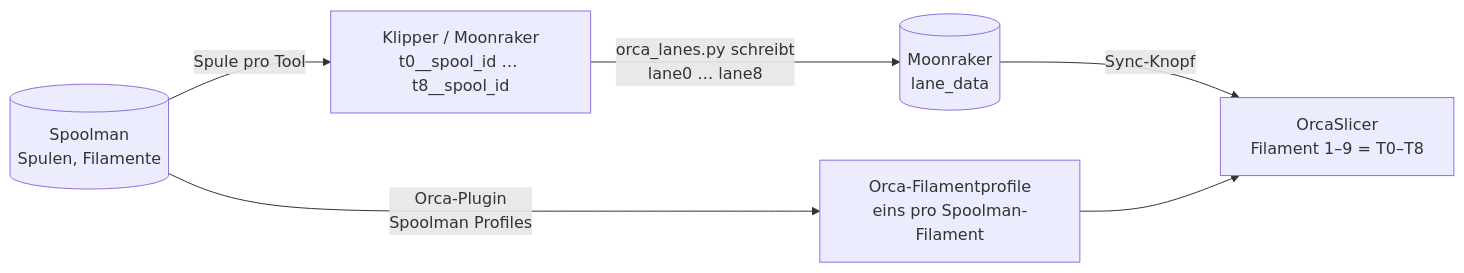
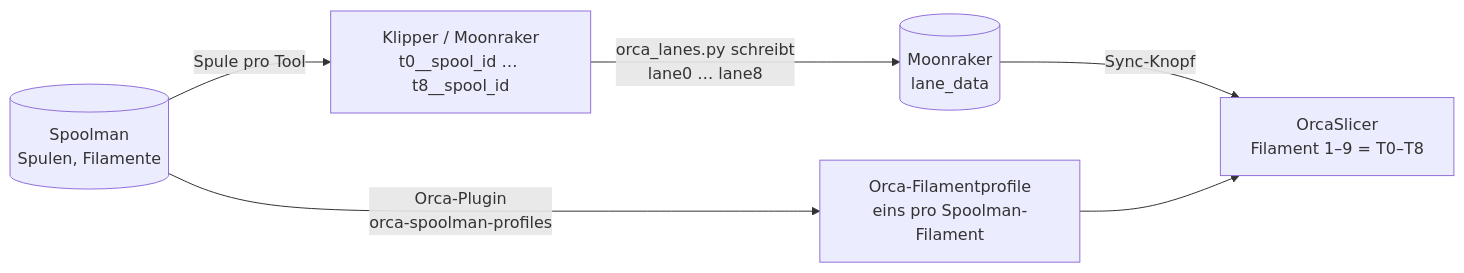
The diagram in docs/ORCASLICER.de.md (daum1988/indx-trident-350), drawn with Mermaid before and after one commit. The commit also changed other lines of this file and 8 other files, not shown here.

First line of the commit message:
Orca plugin moved to its own repository

````diff
--- a/docs/ORCASLICER.de.md
+++ b/docs/ORCASLICER.de.md
@@ -40,8 +40,8 @@
 ```mermaid
 flowchart LR
     SM[(Spoolman<br/>Spulen, Filamente)] -->|Spule pro Tool| K[Klipper / Moonraker<br/>t0__spool_id … t8__spool_id]
     K -->|orca_lanes.py schreibt<br/>lane0 … lane8| L[(Moonraker<br/>lane_data)]
     L -->|Sync-Knopf| O[OrcaSlicer<br/>Filament 1–9 = T0–T8]
-    SM -->|Orca-Plugin<br/>Spoolman Profiles| P[Orca-Filamentprofile<br/>eins pro Spoolman-Filament]
+    SM -->|Orca-Plugin<br/>orca-spoolman-profiles| P[Orca-Filamentprofile<br/>eins pro Spoolman-Filament]
     P --> O
 ```
````
